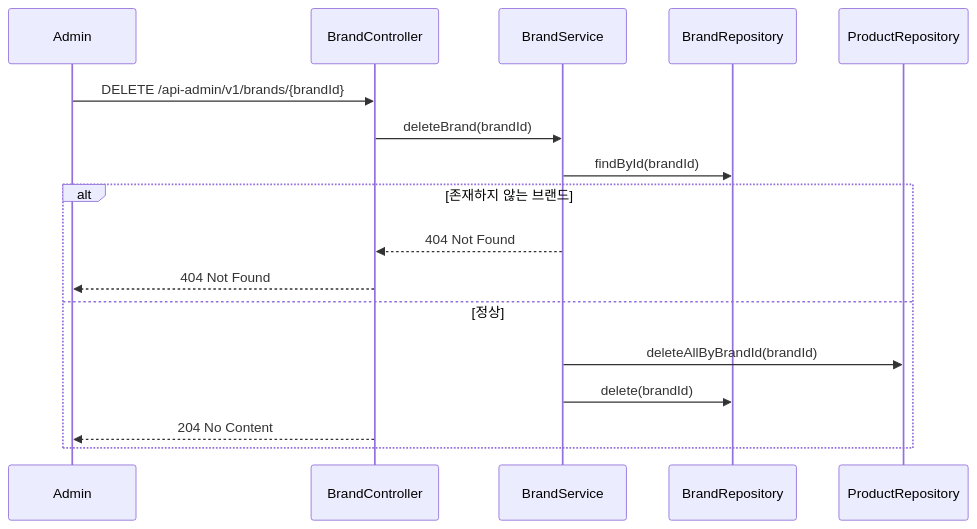
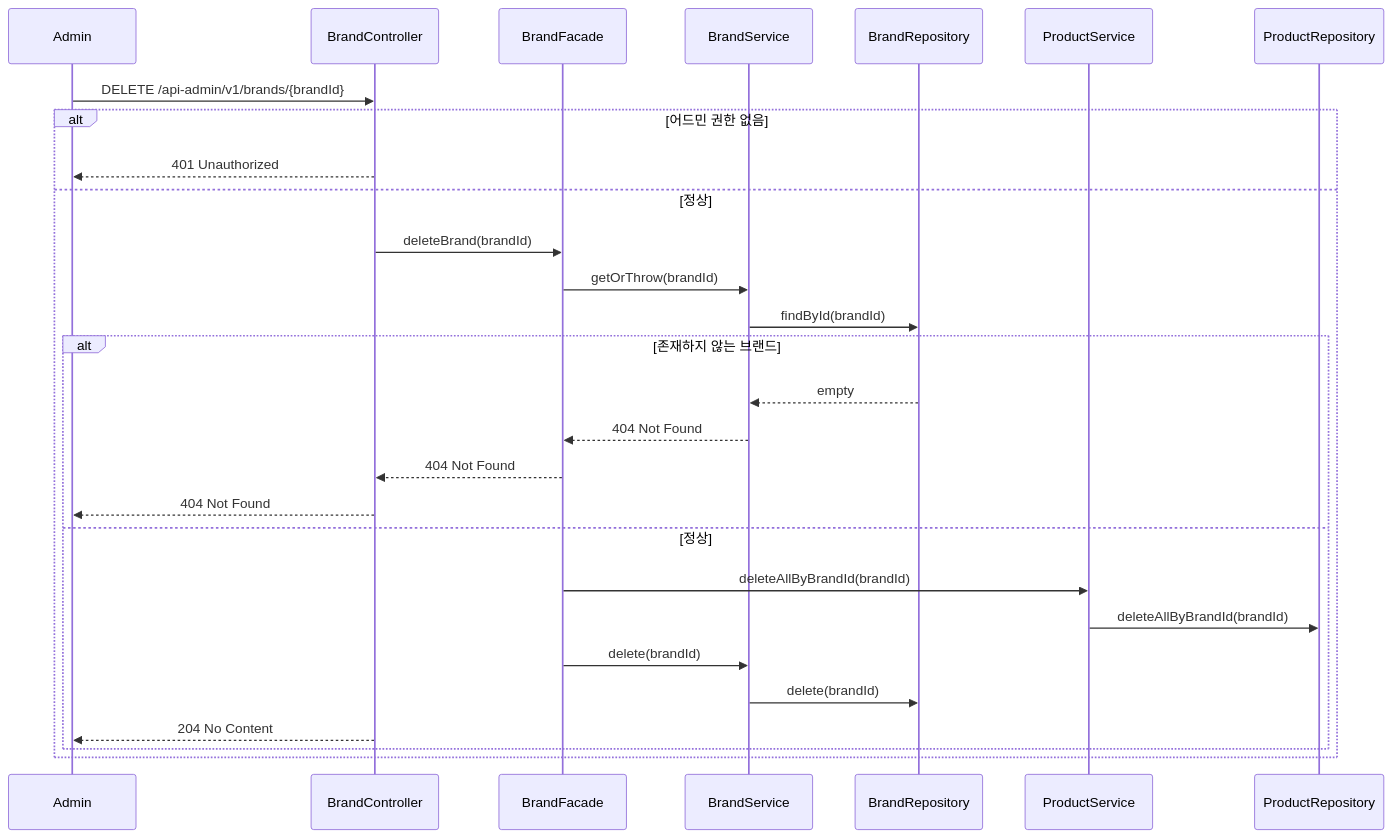
The tenth of 33 diagrams in .docs/design/sequence-diagrams.md (loopers-labs/loop-pack-be-l2-vol4-java), drawn with Mermaid before and after one commit. The commit also changed other lines of this file, not shown here.

Commit message:
fix: 시퀀스 다이어그램 파사드 추가

````diff
--- a/.docs/design/sequence-diagrams.md
+++ b/.docs/design/sequence-diagrams.md
@@ -231,21 +259,31 @@
 ```mermaid
 sequenceDiagram
     participant Admin
     participant BrandController
+    participant BrandFacade
     participant BrandService
     participant BrandRepository
+    participant ProductService
     participant ProductRepository
 
     Admin->>BrandController: DELETE /api-admin/v1/brands/{brandId}
-    BrandController->>BrandService: deleteBrand(brandId)
-    BrandService->>BrandRepository: findById(brandId)
-
-    alt 존재하지 않는 브랜드
-        BrandService-->>BrandController: 404 Not Found
-        BrandController-->>Admin: 404 Not Found
+    alt 어드민 권한 없음
+        BrandController-->>Admin: 401 Unauthorized
     else 정상
-        BrandService->>ProductRepository: deleteAllByBrandId(brandId)
-        BrandService->>BrandRepository: delete(brandId)
-        BrandController-->>Admin: 204 No Content
+        BrandController->>BrandFacade: deleteBrand(brandId)
+        BrandFacade->>BrandService: getOrThrow(brandId)
+        BrandService->>BrandRepository: findById(brandId)
+        alt 존재하지 않는 브랜드
+            BrandRepository-->>BrandService: empty
+            BrandService-->>BrandFacade: 404 Not Found
+            BrandFacade-->>BrandController: 404 Not Found
+            BrandController-->>Admin: 404 Not Found
+        else 정상
+            BrandFacade->>ProductService: deleteAllByBrandId(brandId)
+            ProductService->>ProductRepository: deleteAllByBrandId(brandId)
+            BrandFacade->>BrandService: delete(brandId)
+            BrandService->>BrandRepository: delete(brandId)
+            BrandController-->>Admin: 204 No Content
+        end
     end
 ```
````
